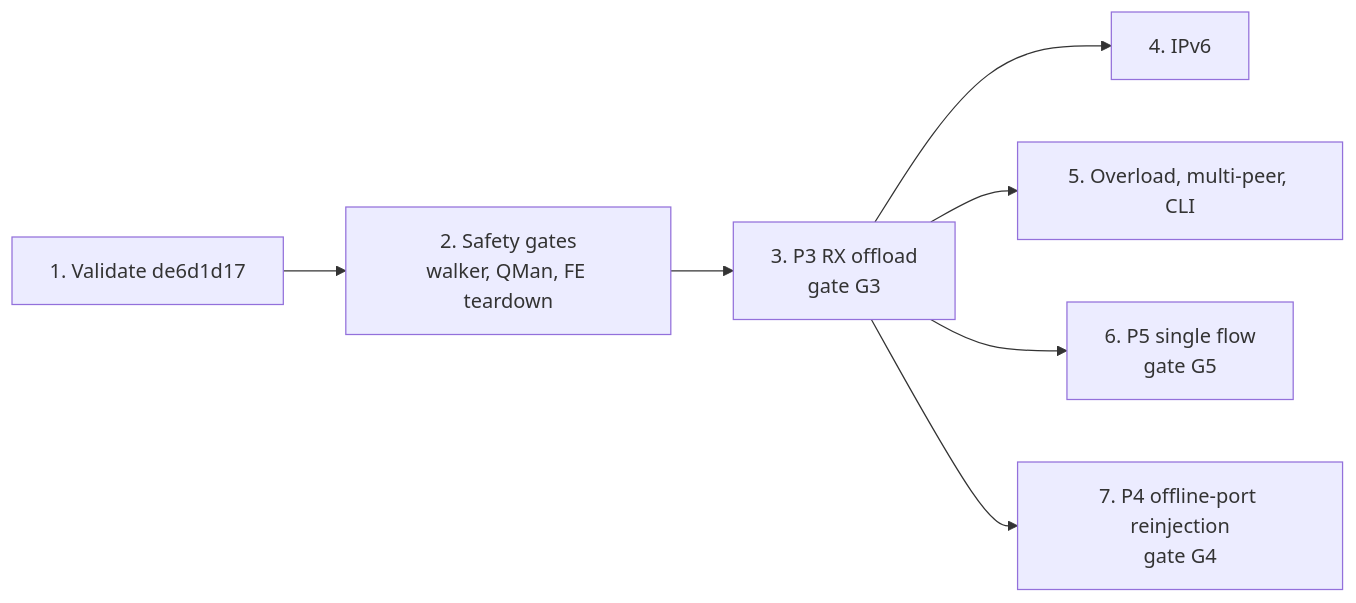
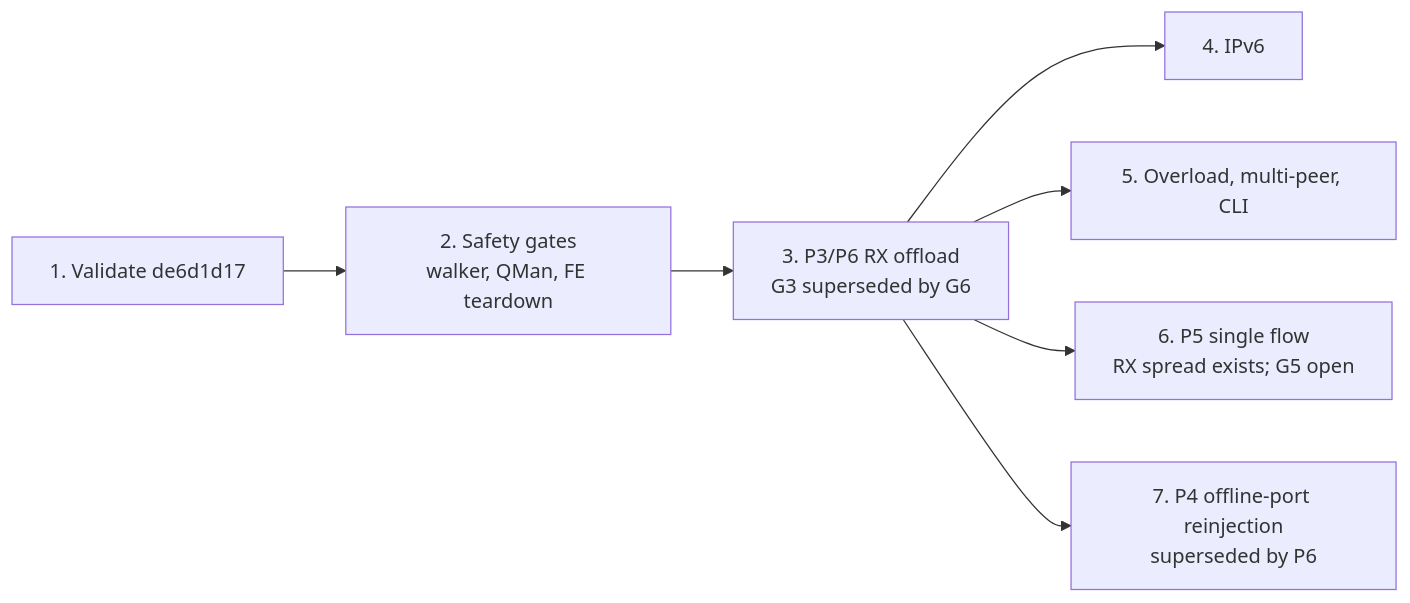
Before and after one commit to mihakralj/vyos-ls1046a-build: the second of 4 diagrams in plans/ASK2-WIREGUARD-FASTPATH-PLAN.md, drawn with Mermaid. The commit also changed other lines of this file and 61 other files, not shown here.

````diff
--- a/plans/ASK2-WIREGUARD-FASTPATH-PLAN.md
+++ b/plans/ASK2-WIREGUARD-FASTPATH-PLAN.md
@@ -51,9 +193,9 @@
 ```mermaid
 flowchart LR
     S1["1. Validate de6d1d17"] --> S2["2. Safety gates<br/>walker, QMan, FE teardown"]
-    S2 --> S3["3. P3 RX offload<br/>gate G3"]
+    S2 --> S3["3. P3/P6 RX offload<br/>G3 superseded by G6"]
     S3 --> S4["4. IPv6"]
     S3 --> S5["5. Overload, multi-peer, CLI"]
-    S3 --> S6["6. P5 single flow<br/>gate G5"]
-    S3 --> S7["7. P4 offline-port reinjection<br/>gate G4"]
+    S3 --> S6["6. P5 single flow<br/>RX spread exists; G5 open"]
+    S3 --> S7["7. P4 offline-port reinjection<br/>superseded by P6"]
 ```
````
